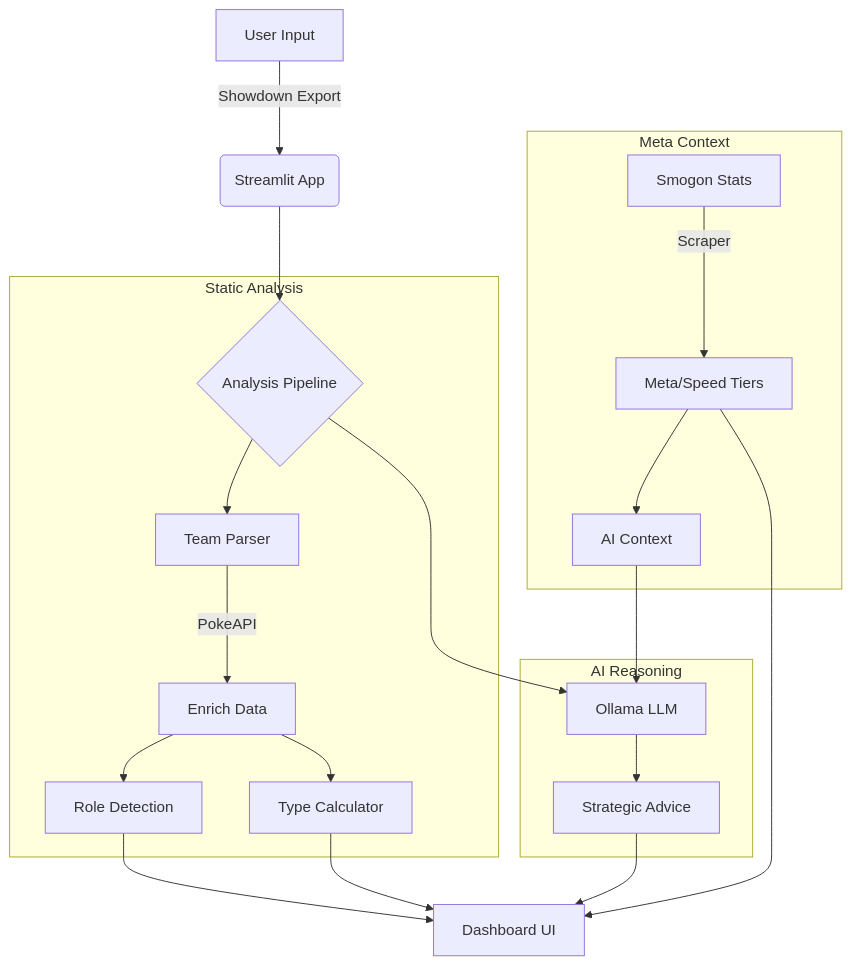
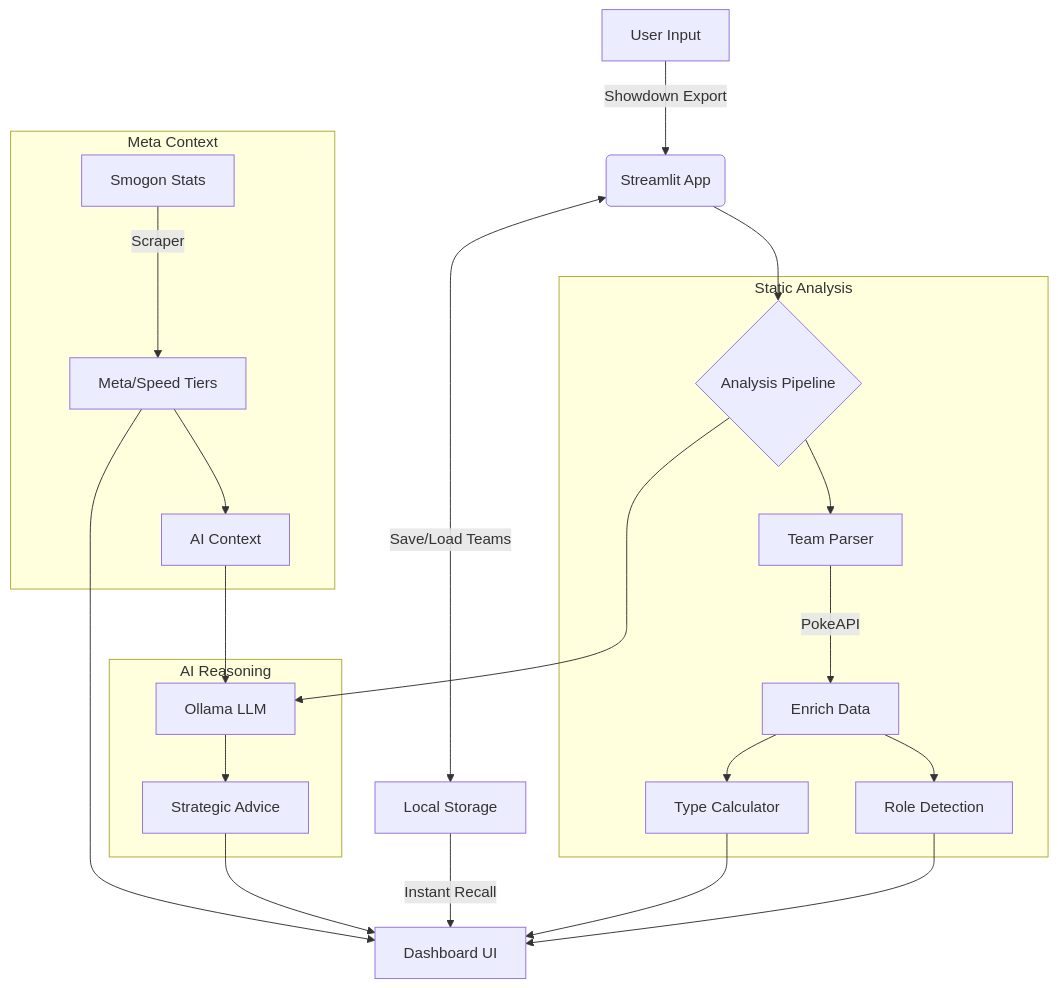
One commit to NamikazeAsh/MetaMatch changed the diagram in README.md. Above: the diagram before and after it, drawn with Mermaid.

Commit message:
docs: update architecture flowchart to include local storage layer

````diff
--- a/README.md
+++ b/README.md
@@ -73,28 +73,30 @@
 ```mermaid
 graph TD
     A[User Input] -->|Showdown Export| B(Streamlit App)
     B --> C{Analysis Pipeline}
+    B <-->|Save/Load Teams| S[Local Storage]
     
     subgraph "Static Analysis"
     C --> D[Team Parser]
     D -->|PokeAPI| E[Enrich Data]
     E --> F[Role Detection]
     E --> G[Type Calculator]
     end
     
     subgraph "Meta Context"
     H[Smogon Stats] -->|Scraper| I[Meta/Speed Tiers]
     I --> J[AI Context]
     end
     
     subgraph "AI Reasoning"
     C --> K[Ollama LLM]
     J --> K
     K --> L[Strategic Advice]
     end
     
     F --> M[Dashboard UI]
     G --> M
     L --> M
     I --> M
+    S -->|Instant Recall| M
 ```
````
